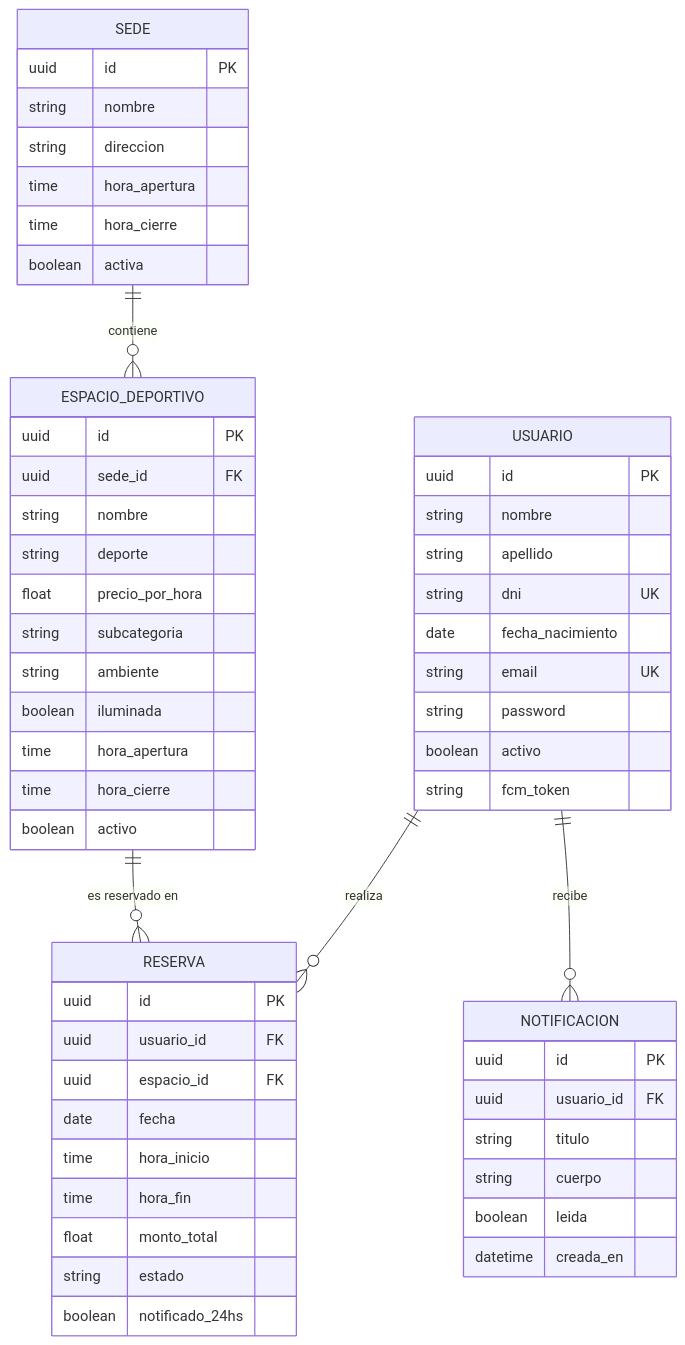
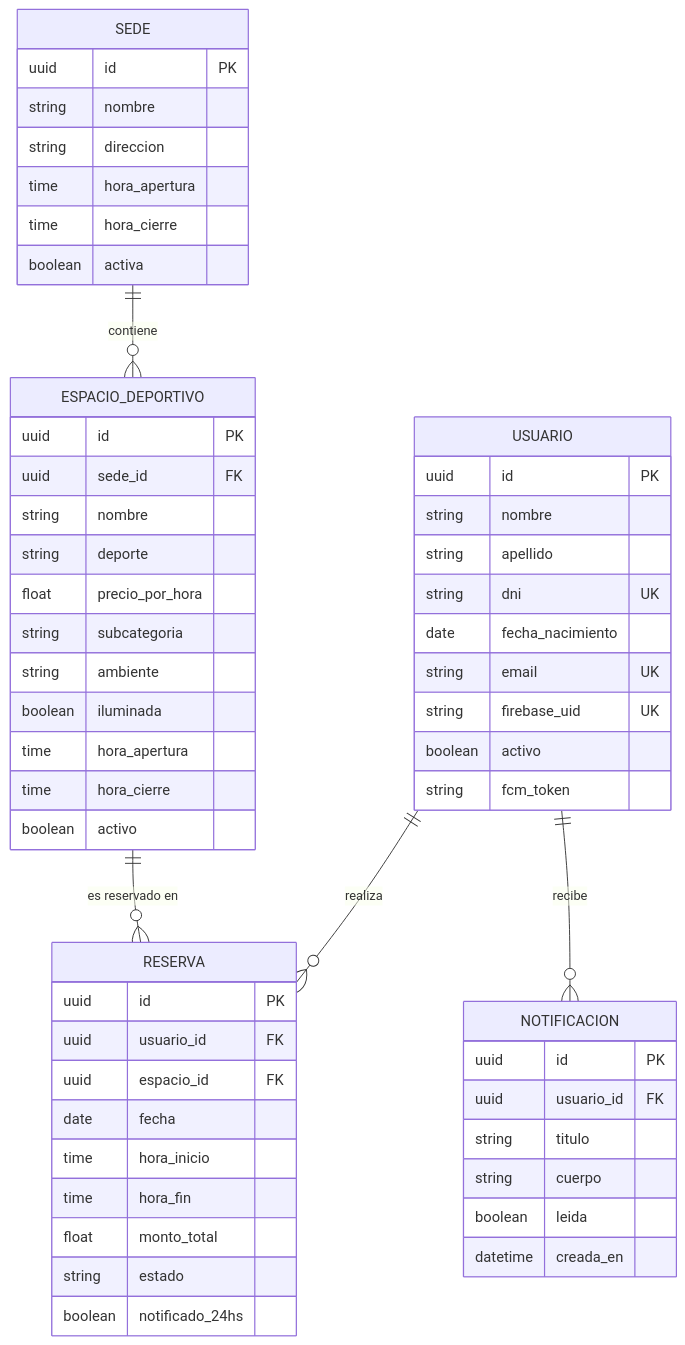
The diagram in MODELO_DE_DATOS.md (acostanoemi/ClubNoemiAcosta), drawn with Mermaid before and after one commit. The commit also changed other lines of this file and 8 other files, not shown here.

````diff
--- a/MODELO_DE_DATOS.md
+++ b/MODELO_DE_DATOS.md
@@ -9,63 +9,63 @@
 ```mermaid
 erDiagram
     USUARIO ||--o{ RESERVA : realiza
     USUARIO ||--o{ NOTIFICACION : recibe
     SEDE ||--o{ ESPACIO_DEPORTIVO : contiene
     ESPACIO_DEPORTIVO ||--o{ RESERVA : "es reservado en"
 
     USUARIO {
         uuid id PK
         string nombre
         string apellido
         string dni UK
         date fecha_nacimiento
         string email UK
-        string password
+        string firebase_uid UK
         boolean activo
         string fcm_token
     }
 
     SEDE {
         uuid id PK
         string nombre
         string direccion
         time hora_apertura
         time hora_cierre
         boolean activa
     }
 
     ESPACIO_DEPORTIVO {
         uuid id PK
         uuid sede_id FK
         string nombre
         string deporte
         float precio_por_hora
         string subcategoria
         string ambiente
         boolean iluminada
         time hora_apertura
         time hora_cierre
         boolean activo
     }
 
     RESERVA {
         uuid id PK
         uuid usuario_id FK
         uuid espacio_id FK
         date fecha
         time hora_inicio
         time hora_fin
         float monto_total
         string estado
         boolean notificado_24hs
     }
 
     NOTIFICACION {
         uuid id PK
         uuid usuario_id FK
         string titulo
         string cuerpo
         boolean leida
         datetime creada_en
     }
 ```
````
